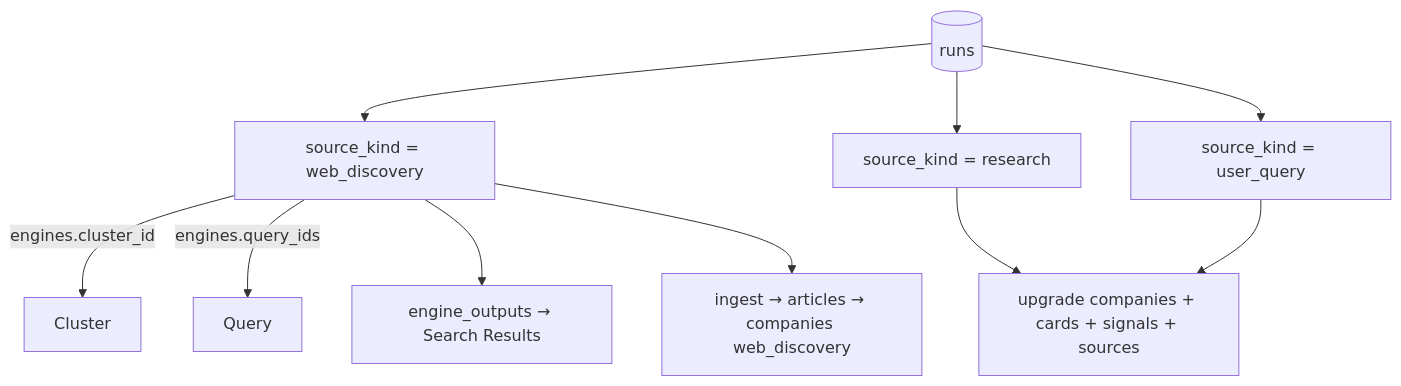
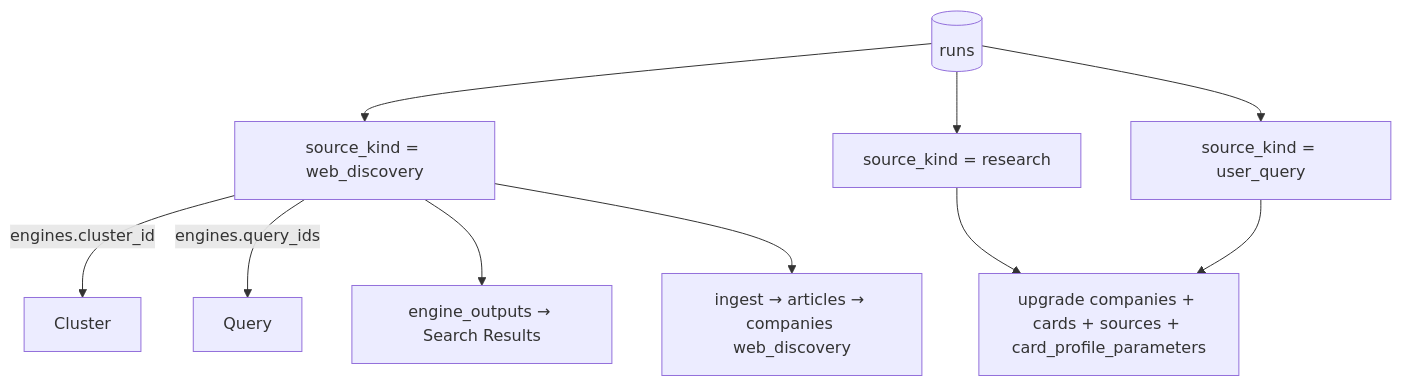
Before and after one commit to Growth-Maschine/NORAD-INTEL-ENGINE-V1: the eighth of 10 diagrams in docs/phase-1/P1-04-admin.md, drawn with Mermaid. The commit also changed other lines of this file and 14 other files, not shown here.

````diff
--- a/docs/phase-1/P1-04-admin.md
+++ b/docs/phase-1/P1-04-admin.md
@@ -1078,16 +1106,16 @@
 ```mermaid
 flowchart TD
     RUNS[(runs)]
 
     RUNS --> WD[source_kind = web_discovery]
     RUNS --> RS[source_kind = research]
     RUNS --> UQ[source_kind = user_query]
 
     WD --> |engines.cluster_id| CL[Cluster]
     WD --> |engines.query_ids| Q[Query]
     WD --> OUT1[engine_outputs → Search Results]
     WD --> OUT2[ingest → articles → companies web_discovery]
 
-    RS --> OUT3[upgrade companies + cards + signals + sources]
+    RS --> OUT3[upgrade companies + cards + sources + card_profile_parameters]
     UQ --> OUT3
 ```
````
